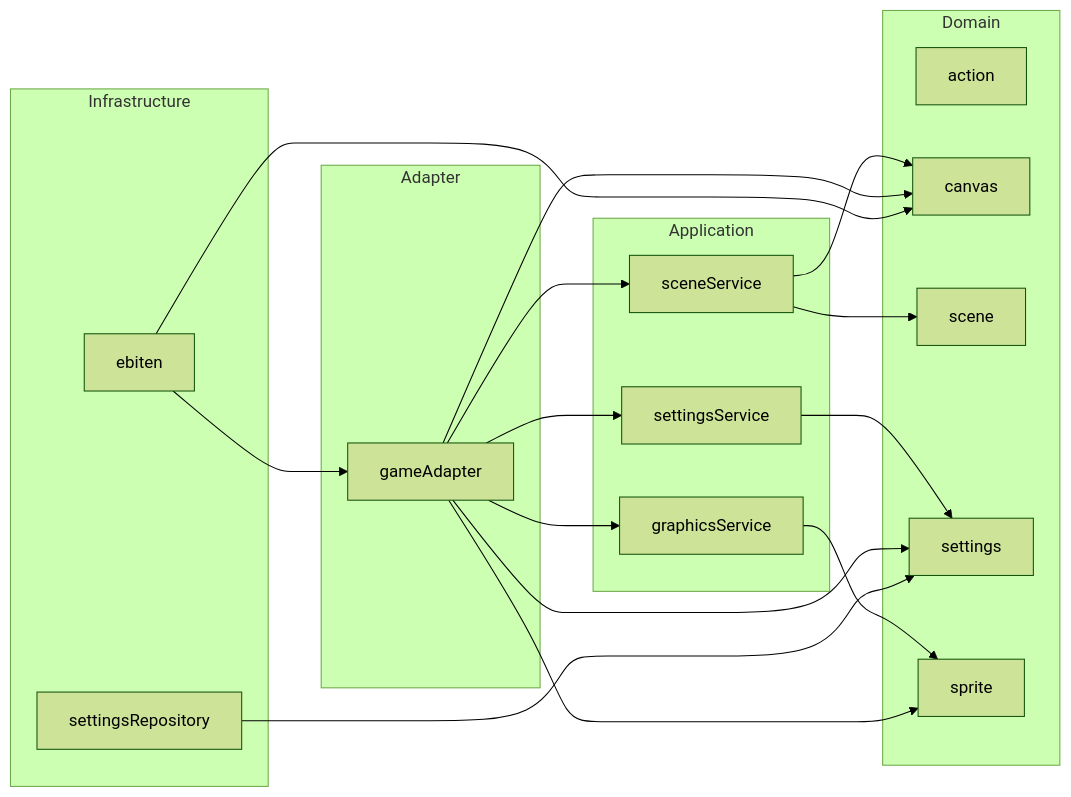
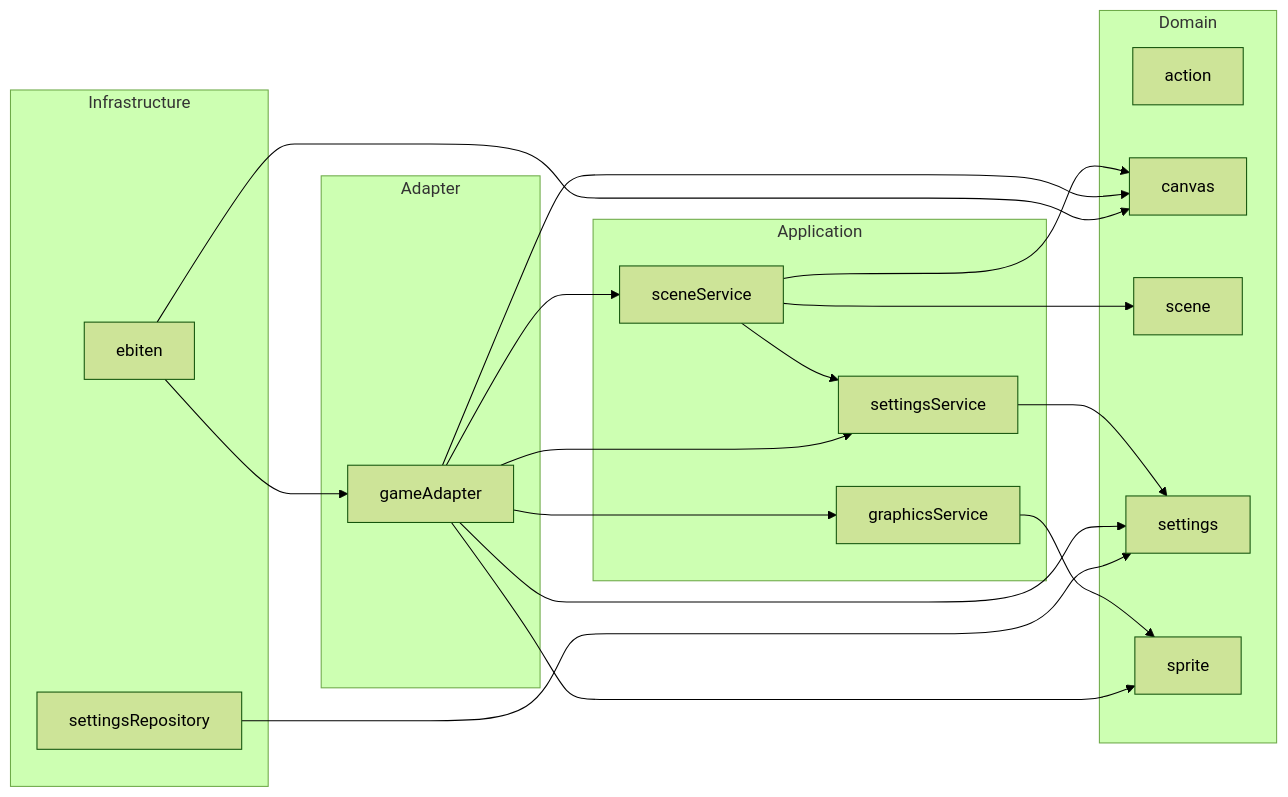
Before and after one commit to maladroitthief/entree: the diagram in README.md, drawn with Mermaid (forest theme). The commit also changed 2 other files, not shown here.

Commit message:
feat: Small architecture fixes
- Displays dependency between scene and settings services

````diff
--- a/README.md
+++ b/README.md
@@ -7,38 +7,39 @@
 ```mermaid
 graph LR
   subgraph Infrastructure
     ebiten
     settingsRepository
   end
 
   subgraph Adapter
     gameAdapter
     ebiten --> gameAdapter
   end
 
   subgraph Application
     sceneService
     gameAdapter --> sceneService
     settingsService
     gameAdapter --> settingsService
+    sceneService --> settingsService
     graphicsService
     gameAdapter --> graphicsService
   end
 
   subgraph Domain
     action
     canvas
     ebiten --> canvas
     gameAdapter --> canvas
     sceneService --> canvas
     scene
     sceneService --> scene
     settings
     settingsRepository --> settings
     gameAdapter --> settings
     settingsService --> settings
     sprite
     gameAdapter --> sprite
     graphicsService --> sprite
   end
 ```
````
